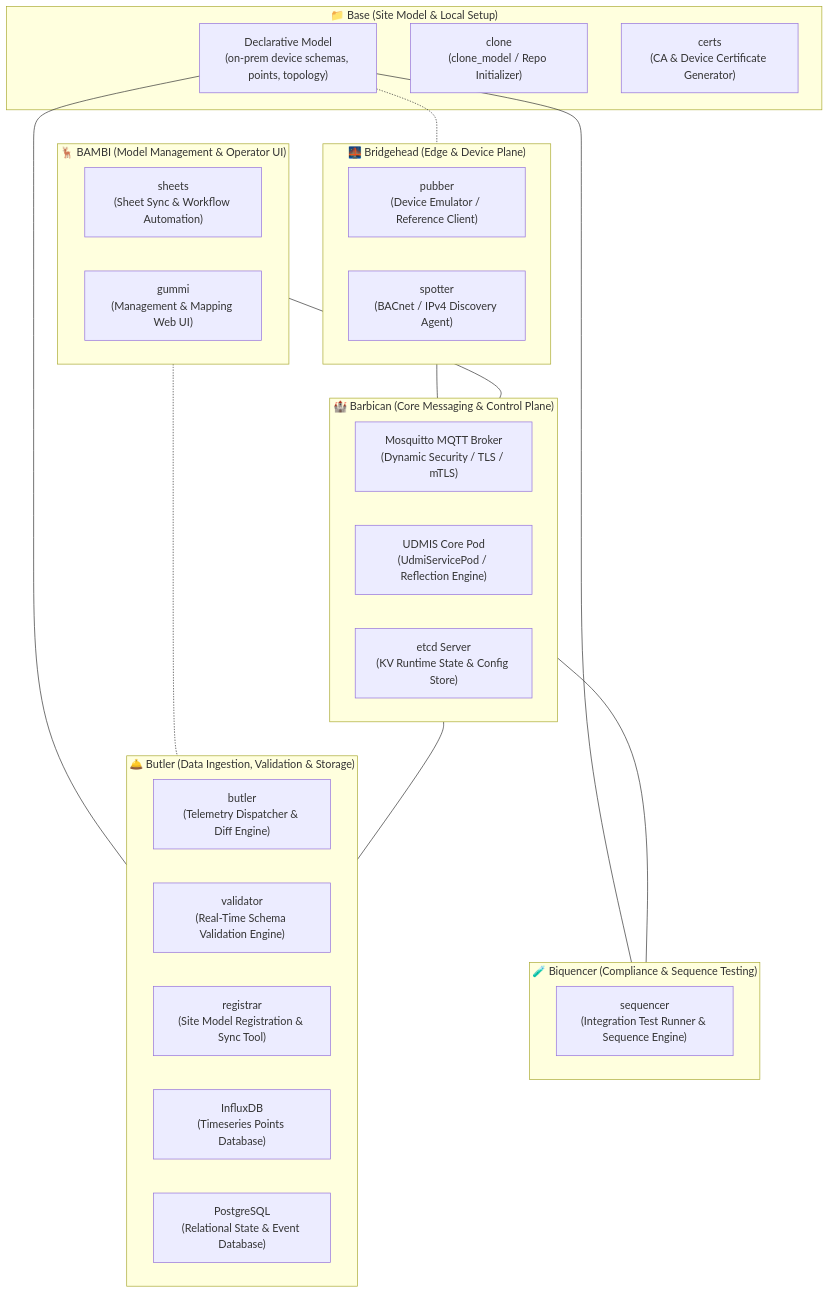
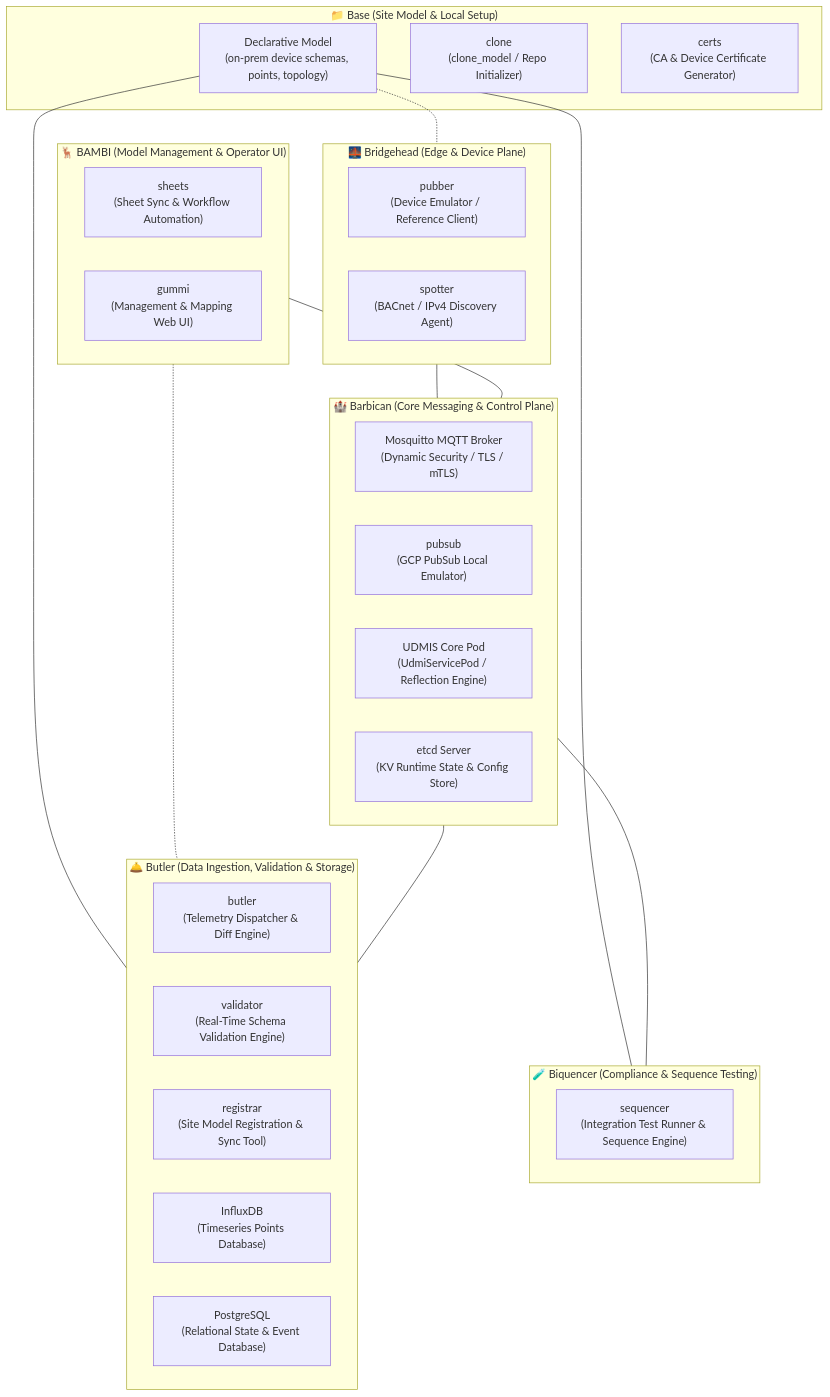
One commit to faucetsdn/udmi changed the diagram in ARCHITECTURE.md. Above: the diagram before and after it, drawn with Mermaid. The commit also changed other lines of this file and 7 other files, not shown here.

````diff
--- a/ARCHITECTURE.md
+++ b/ARCHITECTURE.md
@@ -11,53 +11,54 @@
 ```mermaid
 graph TB
     %% Base - Site Model & Cryptographic Foundation
     subgraph BASE ["📁 Base (Site Model & Local Setup)"]
         SM_FILES["Declarative Model<br/>(on-prem device schemas, points, topology)"]
         CLONE["clone<br/>(clone_model / Repo Initializer)"]
         CERTS["certs<br/>(CA & Device Certificate Generator)"]
     end
 
     %% 1. Barbican - Core Message Broker & System Plane
     subgraph BARBICAN ["🏰 Barbican (Core Messaging & Control Plane)"]
         MOSQ["Mosquitto MQTT Broker<br/>(Dynamic Security / TLS / mTLS)"]
+        PUBSUB["pubsub<br/>(GCP PubSub Local Emulator)"]
         UDMIS["UDMIS Core Pod<br/>(UdmiServicePod / Reflection Engine)"]
         ETCD["etcd Server<br/>(KV Runtime State & Config Store)"]
     end
 
     %% 2. Butler - Ingestion & Persistence Engine
     subgraph BUTLER ["🛎️ Butler (Data Ingestion, Validation & Storage)"]
         BUTLER_SRV["butler<br/>(Telemetry Dispatcher & Diff Engine)"]
         VALIDATOR["validator<br/>(Real-Time Schema Validation Engine)"]
         REGISTRAR["registrar<br/>(Site Model Registration & Sync Tool)"]
         INFLUX["InfluxDB<br/>(Timeseries Points Database)"]
         POSTGRES["PostgreSQL<br/>(Relational State & Event Database)"]
     end
 
     %% 3. Bridgehead - Device Emulation & Edge Plane
     subgraph BRIDGEHEAD ["🌉 Bridgehead (Edge & Device Plane)"]
         PUBBER["pubber<br/>(Device Emulator / Reference Client)"]
         SPOTTER["spotter<br/>(BACnet / IPv4 Discovery Agent)"]
     end
 
     %% 4. BAMBI - Management & Operator Interfaces
     subgraph BAMBI ["🦌 BAMBI (Model Management & Operator UI)"]
         SHEETS["sheets<br/>(Sheet Sync & Workflow Automation)"]
         GUMMI["gummi<br/>(Management & Mapping Web UI)"]
     end
 
     %% 5. Biquencer - Testing & Compliance Engine
     subgraph BIQUENCER ["🧪 Biquencer (Compliance & Sequence Testing)"]
         SEQUENCER["sequencer<br/>(Integration Test Runner & Sequence Engine)"]
     end
 
     %% Inter-Bucket Interactions
     SM_FILES --- BUTLER
     SM_FILES --- BIQUENCER
     SM_FILES -.- BRIDGEHEAD
 
     BRIDGEHEAD --- BARBICAN
     BAMBI --- BARBICAN
     BAMBI -.- BUTLER
     BARBICAN --- BUTLER
     BARBICAN --- BIQUENCER
 ```
````
